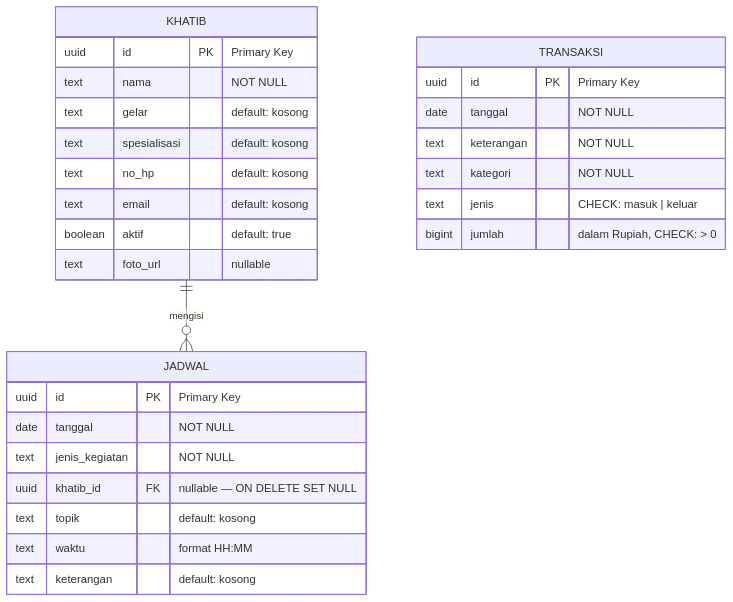
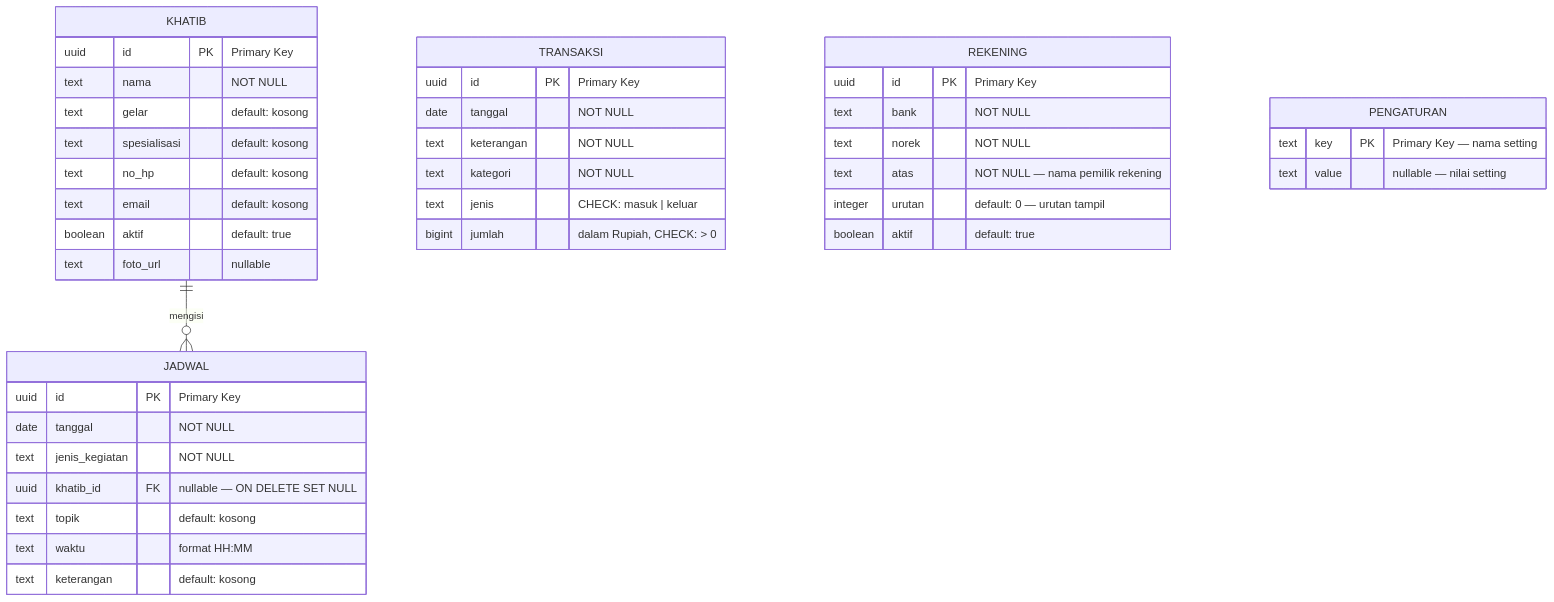
Before and after one commit to nabilhatami86/masjid-al-hidayah: the diagram in ERD.md, drawn with Mermaid. The commit also changed other lines of this file and 12 other files, not shown here.

````diff
--- a/ERD.md
+++ b/ERD.md
@@ -9,34 +9,48 @@
 ```mermaid
 erDiagram
     KHATIB {
-        uuid        id           PK "Primary Key"
-        text        nama         "NOT NULL"
-        text        gelar        "default: kosong"
-        text        spesialisasi "default: kosong"
-        text        no_hp        "default: kosong"
-        text        email        "default: kosong"
-        boolean     aktif        "default: true"
-        text        foto_url     "nullable"
+        uuid    id           PK "Primary Key"
+        text    nama         "NOT NULL"
+        text    gelar        "default: kosong"
+        text    spesialisasi "default: kosong"
+        text    no_hp        "default: kosong"
+        text    email        "default: kosong"
+        boolean aktif        "default: true"
+        text    foto_url     "nullable"
     }
 
     JADWAL {
-        uuid        id             PK "Primary Key"
-        date        tanggal        "NOT NULL"
-        text        jenis_kegiatan "NOT NULL"
-        uuid        khatib_id      FK "nullable — ON DELETE SET NULL"
-        text        topik          "default: kosong"
-        text        waktu          "format HH:MM"
-        text        keterangan     "default: kosong"
+        uuid id             PK "Primary Key"
+        date tanggal        "NOT NULL"
+        text jenis_kegiatan "NOT NULL"
+        uuid khatib_id      FK "nullable — ON DELETE SET NULL"
+        text topik          "default: kosong"
+        text waktu          "format HH:MM"
+        text keterangan     "default: kosong"
     }
 
     TRANSAKSI {
-        uuid        id          PK "Primary Key"
-        date        tanggal     "NOT NULL"
-        text        keterangan  "NOT NULL"
-        text        kategori    "NOT NULL"
-        text        jenis       "CHECK: masuk | keluar"
-        bigint      jumlah      "dalam Rupiah, CHECK: > 0"
+        uuid   id          PK "Primary Key"
+        date   tanggal     "NOT NULL"
+        text   keterangan  "NOT NULL"
+        text   kategori    "NOT NULL"
+        text   jenis       "CHECK: masuk | keluar"
+        bigint jumlah      "dalam Rupiah, CHECK: > 0"
+    }
+
+    REKENING {
+        uuid    id      PK "Primary Key"
+        text    bank    "NOT NULL"
+        text    norek   "NOT NULL"
+        text    atas    "NOT NULL — nama pemilik rekening"
+        integer urutan  "default: 0 — urutan tampil"
+        boolean aktif   "default: true"
+    }
+
+    PENGATURAN {
+        text key   PK "Primary Key — nama setting"
+        text value "nullable — nilai setting"
     }
 
     KHATIB ||--o{ JADWAL : "mengisi"
 ```
````
